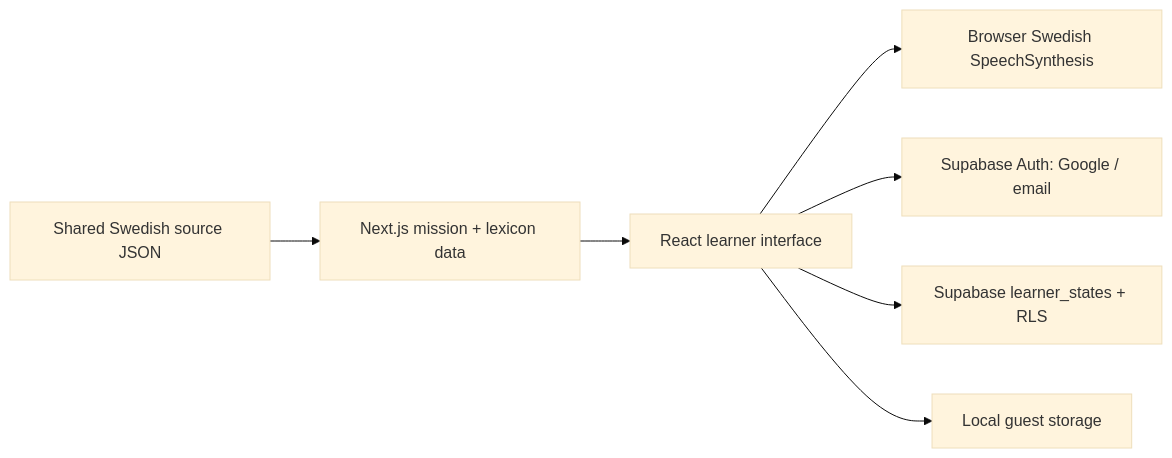
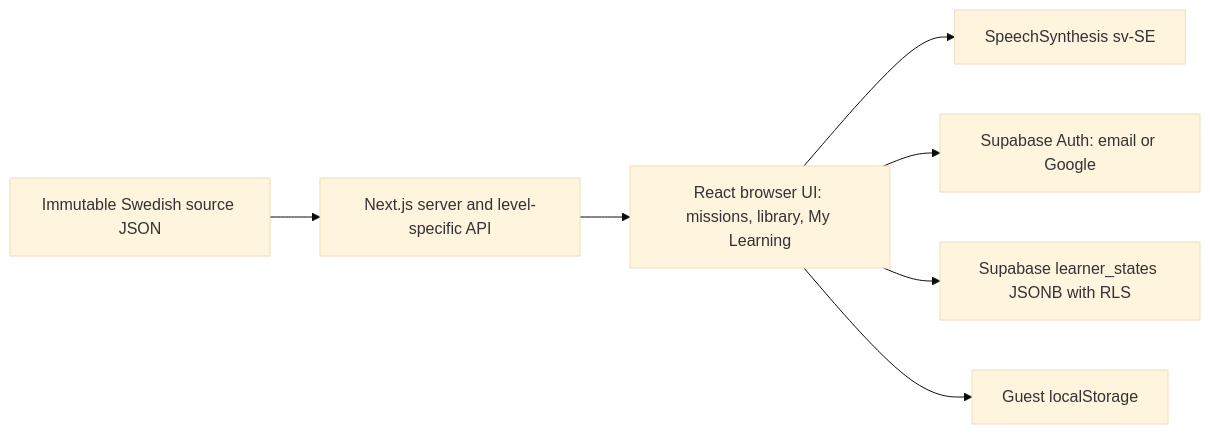
The first of 2 diagrams in research-evidence/EXPERIENCE_REPORT_REVISED_2026-10-14.md (alikhalessi/nordljud-software-construction), drawn with Mermaid (base theme) before and after one commit. The commit also changed other lines of this file, not shown here.

Commit message:
report: add authentic FR-001–021 table, measurable NFRs, grounded stack and complete API specifications

````diff
--- a/research-evidence/EXPERIENCE_REPORT_REVISED_2026-10-14.md
+++ b/research-evidence/EXPERIENCE_REPORT_REVISED_2026-10-14.md
@@ -82,9 +128,9 @@
 ```mermaid
 flowchart LR
-    D[Shared Swedish source JSON] --> S[Next.js mission + lexicon data]
-    S --> U[React learner interface]
-    U --> B[Browser Swedish SpeechSynthesis]
-    U --> A[Supabase Auth: Google / email]
-    U --> P[Supabase learner_states + RLS]
-    U --> L[Local guest storage]
+  D[Immutable Swedish source JSON] --> N[Next.js server and level-specific API]
+  N --> UI[React browser UI: missions, library, My Learning]
+  UI --> S[SpeechSynthesis sv-SE]
+  UI --> A[Supabase Auth: email or Google]
+  UI --> DB[Supabase learner_states JSONB with RLS]
+  UI --> L[Guest localStorage]
 ```
````
